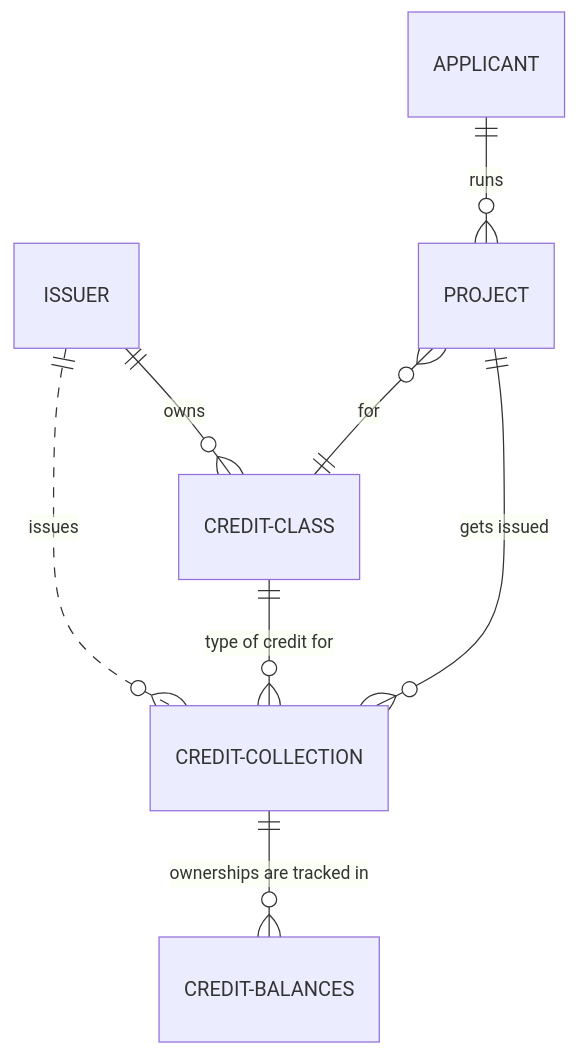
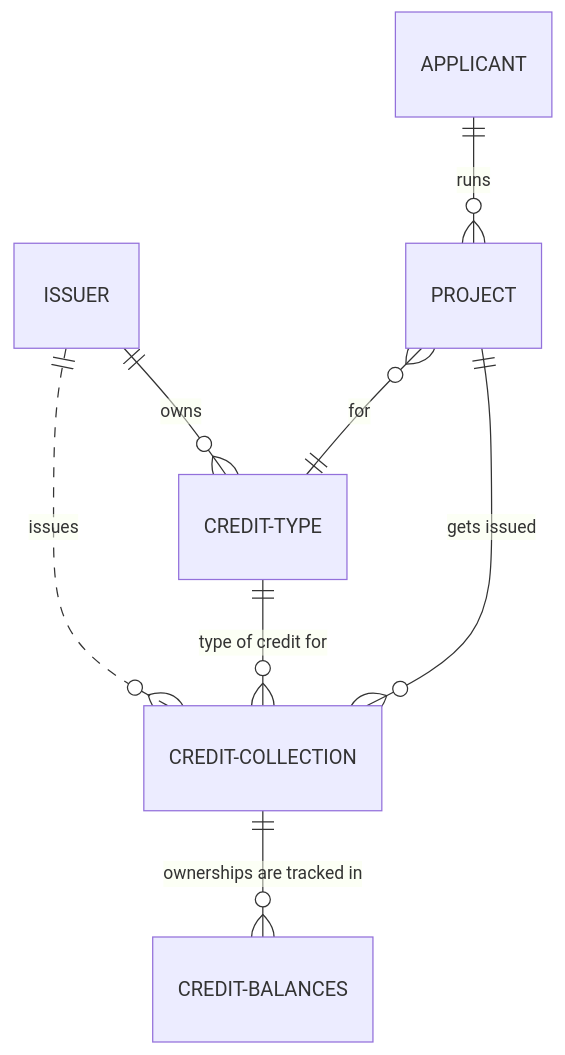
The third of 3 diagrams in chain/x/plasticcredit/README.md (EmpowerPlastic/empowerchain), drawn with Mermaid before and after one commit. The commit also changed other lines of this file and 20 other files, not shown here.

````diff
--- a/chain/x/plasticcredit/README.md
+++ b/chain/x/plasticcredit/README.md
@@ -100,10 +100,10 @@
 ```mermaid
 erDiagram
-    ISSUER ||--o{ CREDIT-CLASS: owns
+    ISSUER ||--o{ CREDIT-TYPE: owns
     APPLICANT ||--o{ PROJECT: runs
     PROJECT ||--o{ CREDIT-COLLECTION: "gets issued"
-    PROJECT }o--|| CREDIT-CLASS: for
-    CREDIT-CLASS ||--o{ CREDIT-COLLECTION: "type of credit for"
+    PROJECT }o--|| CREDIT-TYPE: for
+    CREDIT-TYPE ||--o{ CREDIT-COLLECTION: "type of credit for"
     ISSUER ||..o{ CREDIT-COLLECTION: issues
     CREDIT-COLLECTION ||--o{ CREDIT-BALANCES: "ownerships are tracked in"
 ```
````
